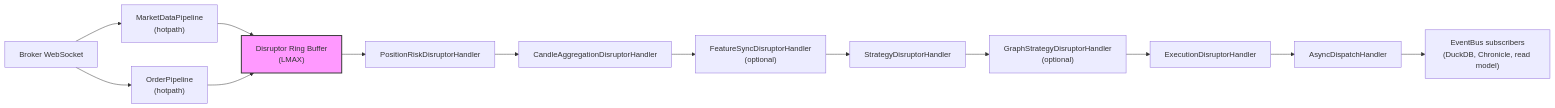
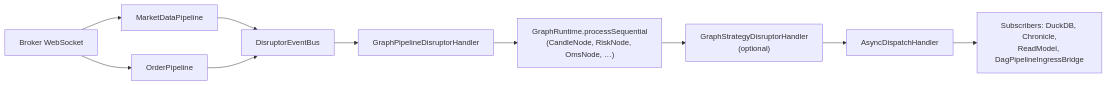
Before and after one commit to Ganesh-Kusundal/Trade_J: the fifth of 32 diagrams in docs/ARCHITECTURE_REPORT.md, drawn with Mermaid. The commit also changed other lines of this file and 3 other files, not shown here.

First line of the commit message:
docs: pass 3 architecture audit for code-verified accuracy.

````diff
--- a/docs/ARCHITECTURE_REPORT.md
+++ b/docs/ARCHITECTURE_REPORT.md
@@ -446,20 +464,12 @@
 ```mermaid
 graph LR
-    WS["Broker WebSocket"] --> MD["MarketDataPipeline<br/>(hotpath)"]
-    WS --> OD["OrderPipeline<br/>(hotpath)"]
-
-    MD --> RING["Disruptor Ring Buffer<br/>(LMAX)"]
+    WS["Broker WebSocket"] --> MD["MarketDataPipeline"]
+    WS --> OD["OrderPipeline"]
+    MD --> RING["DisruptorEventBus"]
     OD --> RING
-
-    RING --> S1["PositionRiskDisruptorHandler"]
-    S1 --> S2["CandleAggregationDisruptorHandler"]
-    S2 --> S3["FeatureSyncDisruptorHandler<br/>(optional)"]
-    S3 --> S4["StrategyDisruptorHandler"]
-    S4 --> S5["GraphStrategyDisruptorHandler<br/>(optional)"]
-    S5 --> S6["ExecutionDisruptorHandler"]
-    S6 --> S7["AsyncDispatchHandler"]
-
-    S7 --> SUBS["EventBus subscribers<br/>(DuckDB, Chronicle, read model)"]
-
-    style RING fill:#f9f,stroke:#333,stroke-width:2px
+    RING --> GPH["GraphPipelineDisruptorHandler"]
+    GPH --> GR["GraphRuntime.processSequential<br/>(CandleNode, RiskNode, OmsNode, …)"]
+    GR --> GS["GraphStrategyDisruptorHandler<br/>(optional)"]
+    GS --> AD["AsyncDispatchHandler"]
+    AD --> SUBS["Subscribers: DuckDB, Chronicle,<br/>ReadModel, DagPipelineIngressBridge"]
 ```
````
